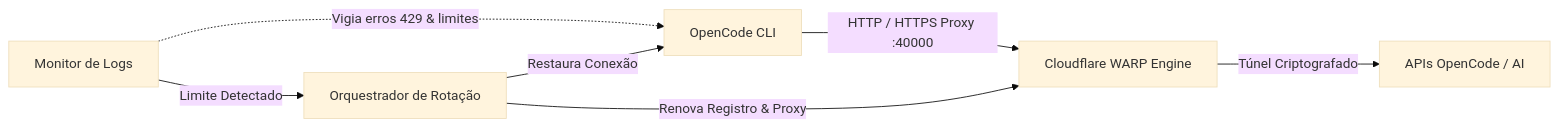
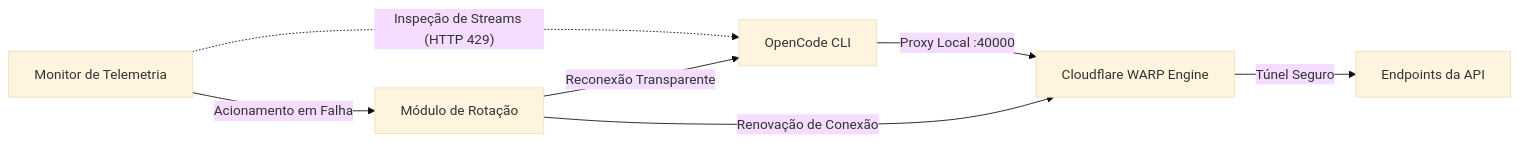
One commit to Oficina-do-Berg/CodeOpenFreedom changed the diagram in README.md. Above: the diagram before and after it, drawn with Mermaid (base theme). The commit also changed other lines of this file and 1 other file, not shown here.

````diff
--- a/README.md
+++ b/README.md
@@ -74,9 +88,9 @@
 ```mermaid
 flowchart LR
-    A[OpenCode CLI] -->|HTTP / HTTPS Proxy :40000| B[Cloudflare WARP Engine]
-    B -->|Túnel Criptografado| C[APIs OpenCode / AI]
-    D[Monitor de Logs] -.->|Vigia erros 429 & limites| A
-    D -->|Limite Detectado| E[Orquestrador de Rotação]
-    E -->|Renova Registro & Proxy| B
-    E -->|Restaura Conexão| A
+    A["OpenCode CLI"] -->|"Proxy Local :40000"| B["Cloudflare WARP Engine"]
+    B -->|"Túnel Seguro"| C["Endpoints da API"]
+    D["Monitor de Telemetria"] -.->|"Inspeção de Streams (HTTP 429)"| A
+    D -->|"Acionamento em Falha"| E["Módulo de Rotação"]
+    E -->|"Renovação de Conexão"| B
+    E -->|"Reconexão Transparente"| A
 ```
````
